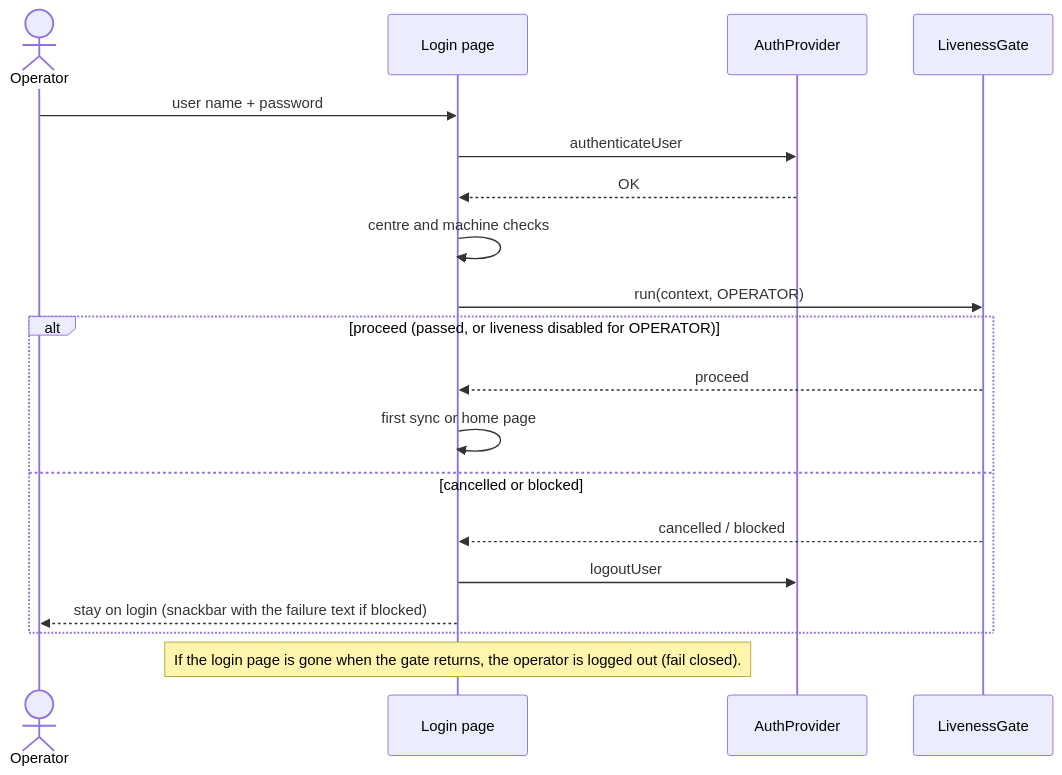
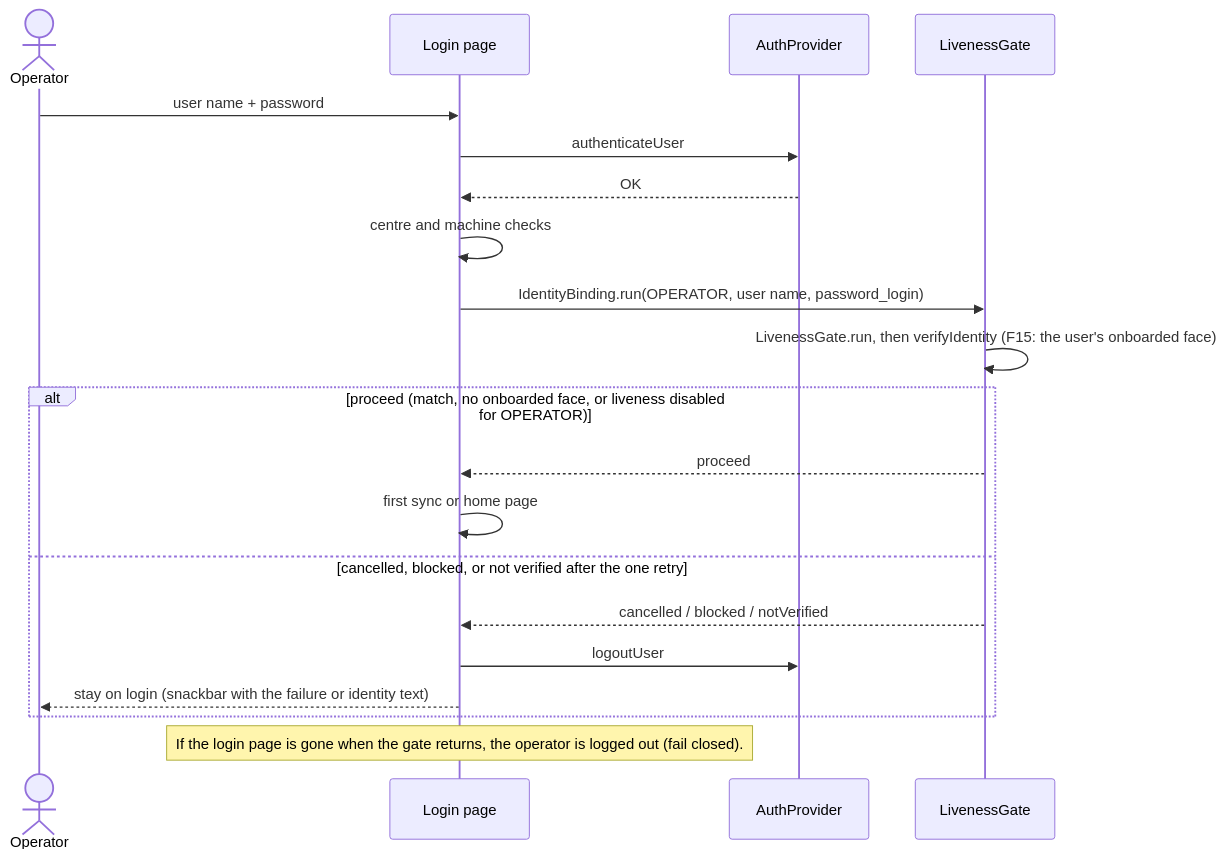
One commit to ChadDadChag/Mosip26 changed the third of 11 diagrams in docs/part5-android-integration.md. Above: the diagram before and after it, drawn with Mermaid. The commit also changed other lines of this file and 44 other files, not shown here.

````diff
--- a/docs/part5-android-integration.md
+++ b/docs/part5-android-integration.md
@@ -176,21 +176,22 @@
 ```mermaid
 sequenceDiagram
   actor Op as Operator
   participant Login as Login page
   participant Auth as AuthProvider
   participant Gate as LivenessGate
   Op->>Login: user name + password
   Login->>Auth: authenticateUser
   Auth-->>Login: OK
   Login->>Login: centre and machine checks
-  Login->>Gate: run(context, OPERATOR)
-  alt proceed (passed, or liveness disabled for OPERATOR)
+  Login->>Gate: IdentityBinding.run(OPERATOR, user name, password_login)
+  Gate->>Gate: LivenessGate.run, then verifyIdentity (F15: the user's onboarded face)
+  alt proceed (match, no onboarded face, or liveness disabled for OPERATOR)
     Gate-->>Login: proceed
     Login->>Login: first sync or home page
-  else cancelled or blocked
-    Gate-->>Login: cancelled / blocked
+  else cancelled, blocked, or not verified after the one retry
+    Gate-->>Login: cancelled / blocked / notVerified
     Login->>Auth: logoutUser
-    Login-->>Op: stay on login (snackbar with the failure text if blocked)
+    Login-->>Op: stay on login (snackbar with the failure or identity text)
   end
   Note over Login: If the login page is gone when the gate returns, the operator is logged out (fail closed).
 ```
````
